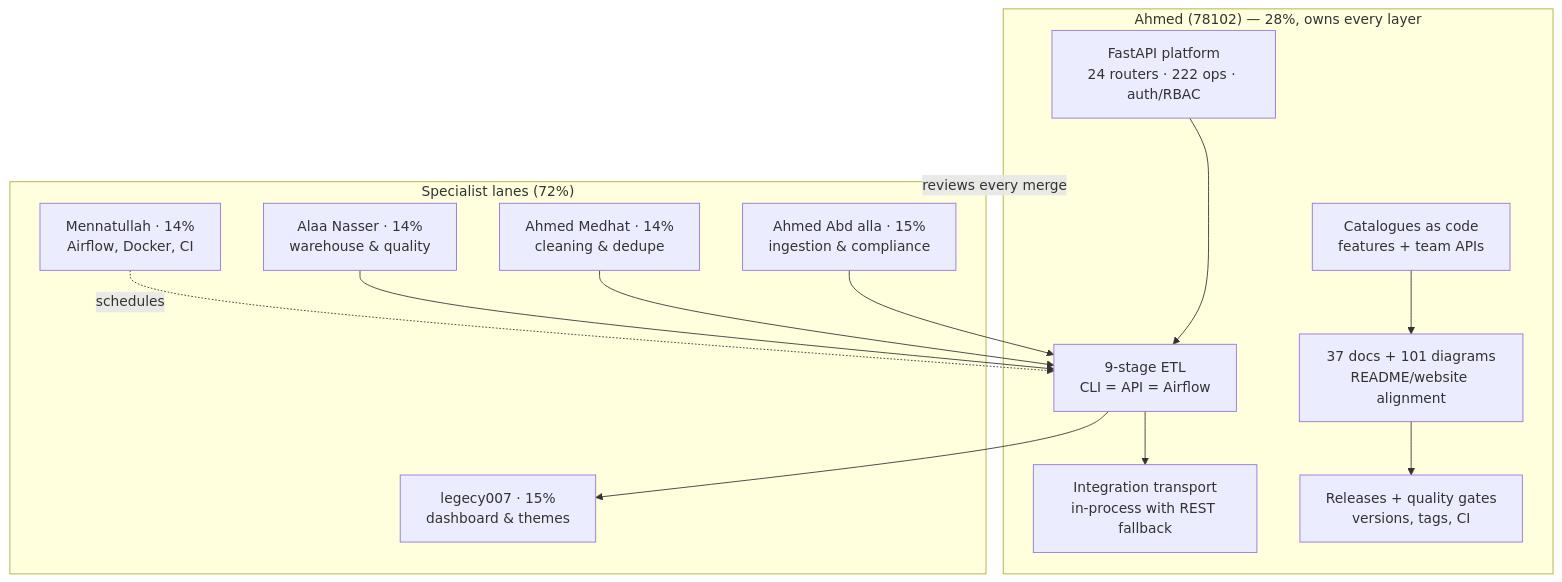
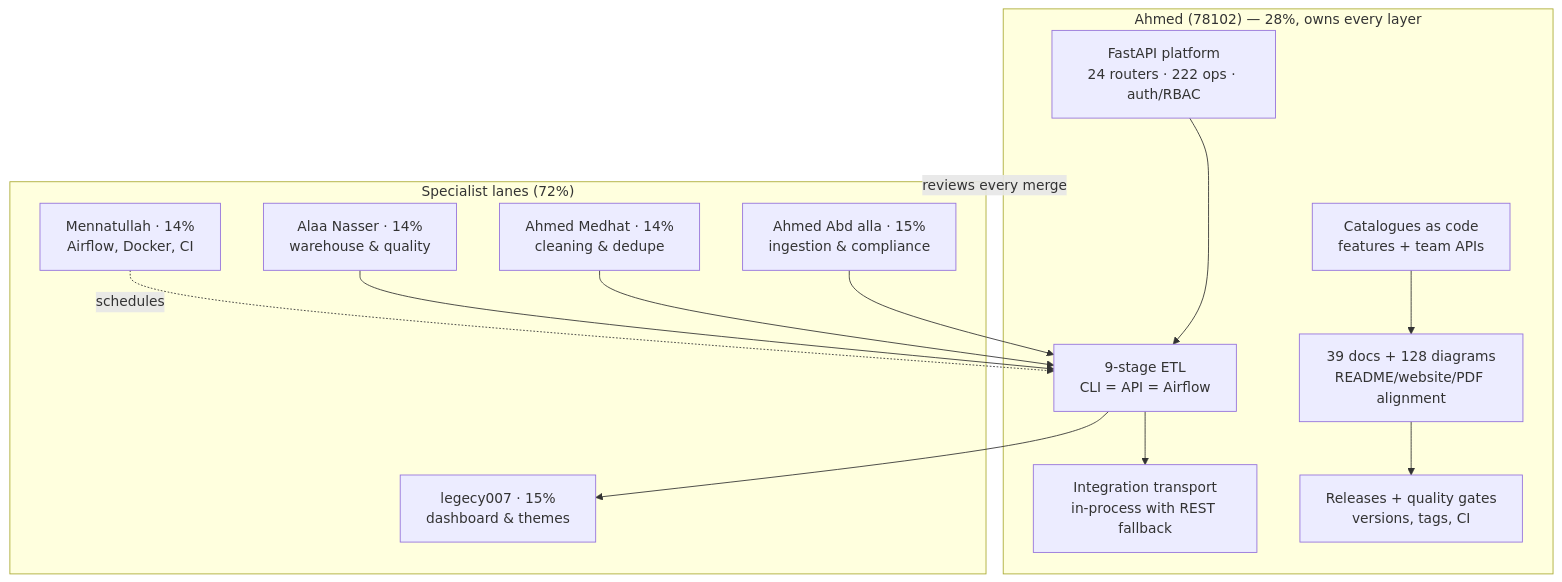
One commit to Ahmedbakr78/Web-to-Warehouse-Product-Intelligence-Pipeline changed the first of 2 diagrams in docs/00_team.md. Above: the diagram before and after it, drawn with Mermaid. The commit also changed other lines of this file and 156 other files, not shown here.

Commit message:
release: v1.14.0 — full GitHub presence, GitHub Pages showcase & 39-doc portal, 128 Mermaid diagrams

````diff
--- a/docs/00_team.md
+++ b/docs/00_team.md
@@ -37,24 +37,24 @@
 ```mermaid
 flowchart TB
     subgraph Lead["Ahmed (78102) — 28%, owns every layer"]
         API["FastAPI platform<br/>24 routers · 222 ops · auth/RBAC"]
         ETL["9-stage ETL<br/>CLI = API = Airflow"]
         INT["Integration transport<br/>in-process with REST fallback"]
         CAT["Catalogues as code<br/>features + team APIs"]
-        DOCS["37 docs + 101 diagrams<br/>README/website alignment"]
+        DOCS["39 docs + 128 diagrams<br/>README/website/PDF alignment"]
         REL["Releases + quality gates<br/>versions, tags, CI"]
         API --> ETL --> INT
         CAT --> DOCS --> REL
     end
     subgraph Crew["Specialist lanes (72%)"]
         ING["Ahmed Abd alla · 15%<br/>ingestion & compliance"]
         CLN["Ahmed Medhat · 14%<br/>cleaning & dedupe"]
         DB["Alaa Nasser · 14%<br/>warehouse & quality"]
         FE["legecy007 · 15%<br/>dashboard & themes"]
         OPS["Mennatullah · 14%<br/>Airflow, Docker, CI"]
     end
     ING & CLN & DB --> ETL
     ETL --> FE
     OPS -.schedules.-> ETL
     Lead -.reviews every merge.-> Crew
 ```
````
